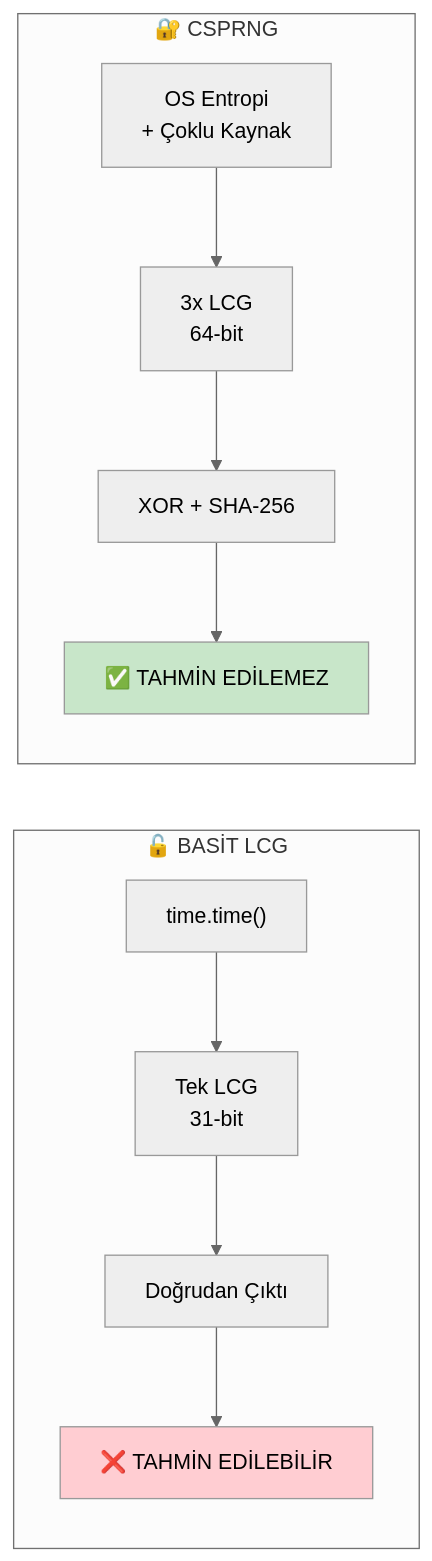
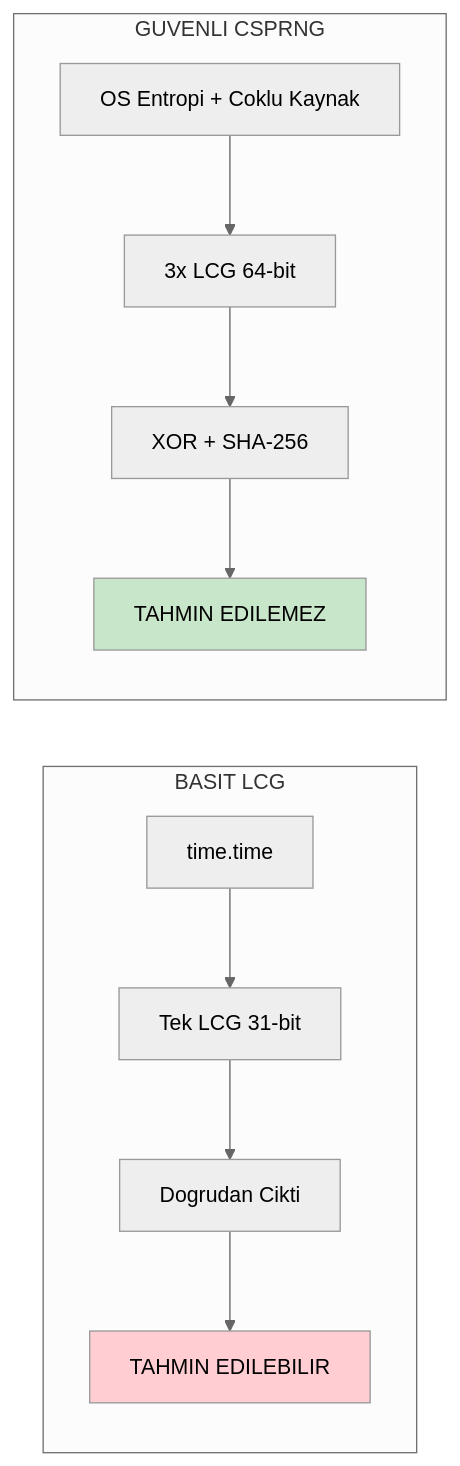
One commit to Samet230/Rastgele_Sayi_Ureteci changed the ninth of 9 diagrams in docs/FLOWCHART.md. Above: the diagram before and after it, drawn with Mermaid (neutral theme). The commit also changed other lines of this file, not shown here.

Commit message:
fix: Mermaid syntax duzeltildi - GitHub uyumlulugu

````diff
--- a/docs/FLOWCHART.md
+++ b/docs/FLOWCHART.md
@@ -314,17 +314,17 @@
 ```mermaid
 flowchart LR
-    subgraph LCG["🔓 BASİT LCG"]
-        L1["time.time()"] --> L2["Tek LCG<br/>31-bit"]
-        L2 --> L3["Doğrudan Çıktı"]
-        L3 --> L4["❌ TAHMİN EDİLEBİLİR"]
+    subgraph LCG["BASIT LCG"]
+        L1["time.time"] --> L2["Tek LCG 31-bit"]
+        L2 --> L3["Dogrudan Cikti"]
+        L3 --> L4["TAHMIN EDILEBILIR"]
     end
     
-    subgraph CSPRNG["🔐 CSPRNG"]
-        C1["OS Entropi<br/>+ Çoklu Kaynak"] --> C2["3x LCG<br/>64-bit"]
+    subgraph CSPRNG["GUVENLI CSPRNG"]
+        C1["OS Entropi + Coklu Kaynak"] --> C2["3x LCG 64-bit"]
         C2 --> C3["XOR + SHA-256"]
-        C3 --> C4["✅ TAHMİN EDİLEMEZ"]
+        C3 --> C4["TAHMIN EDILEMEZ"]
     end
     
     style L4 fill:#ffcdd2
     style C4 fill:#c8e6c9
 ```
````
